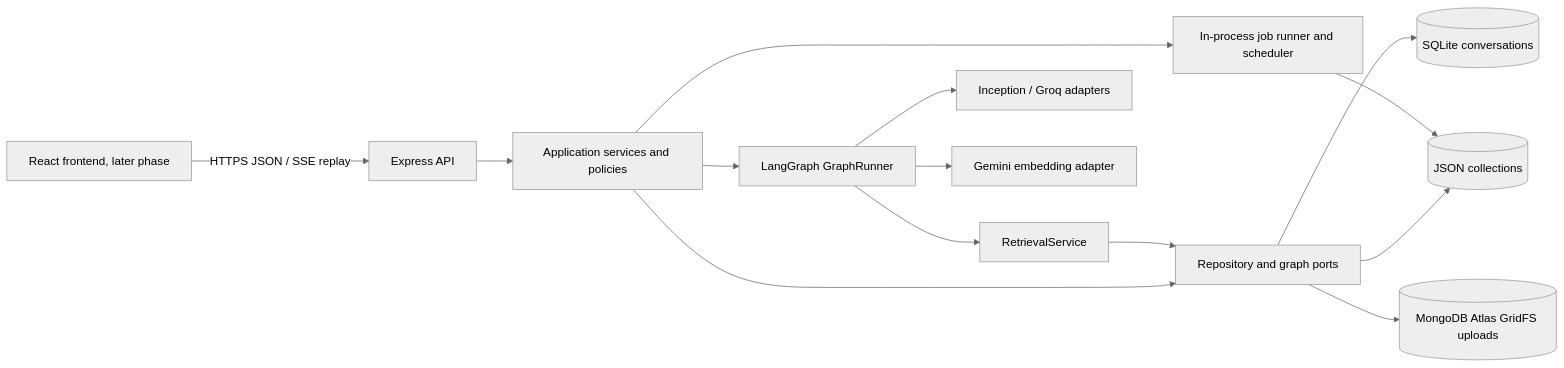
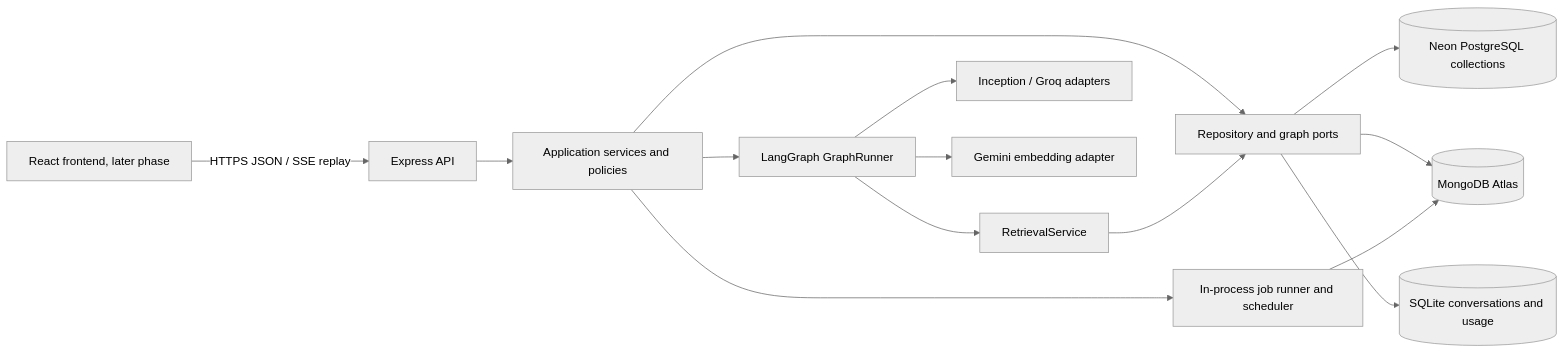
The diagram in docs/architecture/HLD.md (Nkululeko-data/ai-learning-assistant), drawn with Mermaid (neutral theme) before and after one commit. The commit also changed other lines of this file and 51 other files, not shown here.

````diff
--- a/docs/architecture/HLD.md
+++ b/docs/architecture/HLD.md
@@ -11,16 +11,16 @@
 ```mermaid
 flowchart LR
   Browser[React frontend, later phase] -->|HTTPS JSON / SSE replay| API[Express API]
   API --> APP[Application services and policies]
   APP --> PORTS[Repository and graph ports]
-  PORTS --> JSON[(JSON collections)]
-  PORTS --> SQL[(SQLite conversations)]
-  PORTS --> FILES[(MongoDB Atlas GridFS uploads)]
+  PORTS --> PG[(Neon PostgreSQL collections)]
+  PORTS --> MONGO[(MongoDB Atlas)]
+  PORTS --> SQL[(SQLite conversations and usage)]
   APP --> JOBS[In-process job runner and scheduler]
-  JOBS --> JSON
+  JOBS --> MONGO
   APP --> GRAPH[LangGraph GraphRunner]
   GRAPH --> RETRIEVAL[RetrievalService]
   RETRIEVAL --> PORTS
   GRAPH --> LLM[Inception / Groq adapters]
   GRAPH --> EMBED[Gemini embedding adapter]
 ```
````
